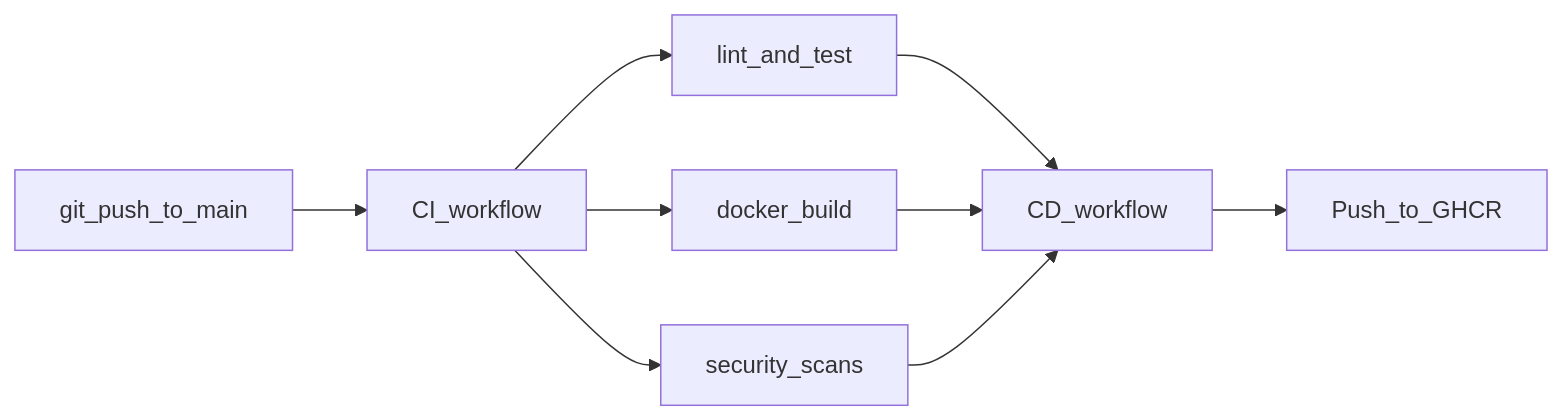
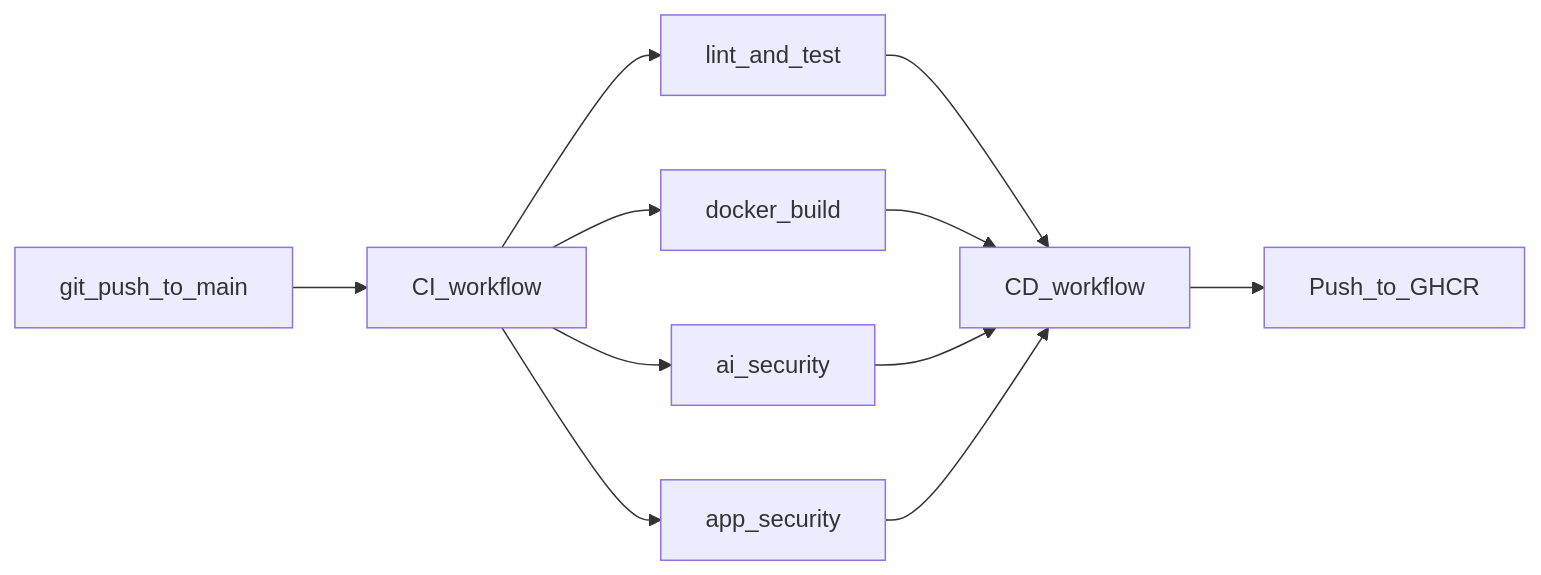
One commit to phanikumarthavva/LLMmodelcreation changed the diagram in README.md. Above: the diagram before and after it, drawn with Mermaid. The commit also changed other lines of this file and 5 other files, not shown here.

Commit message:
Add AI model security scans: ModelScan, PickleScan, AIBOM

````diff
--- a/README.md
+++ b/README.md
@@ -111,11 +111,13 @@
 ```mermaid
 flowchart LR
   push[git_push_to_main] --> ci[CI_workflow]
   ci --> lint[lint_and_test]
   ci --> docker[docker_build]
-  ci --> sec[security_scans]
+  ci --> aiSec[ai_security]
+  ci --> appSec[app_security]
   lint --> cd[CD_workflow]
   docker --> cd
-  sec --> cd
+  aiSec --> cd
+  appSec --> cd
   cd --> ghcr[Push_to_GHCR]
 ```
````
